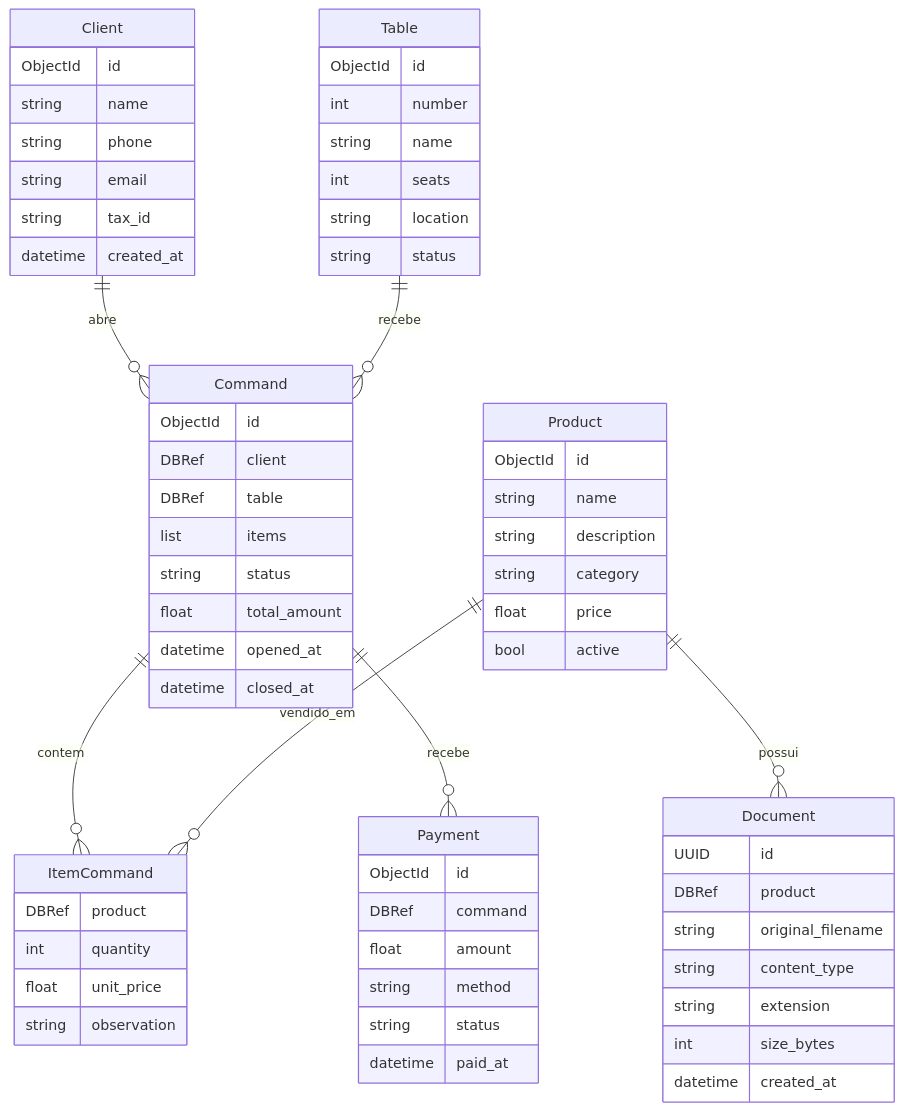
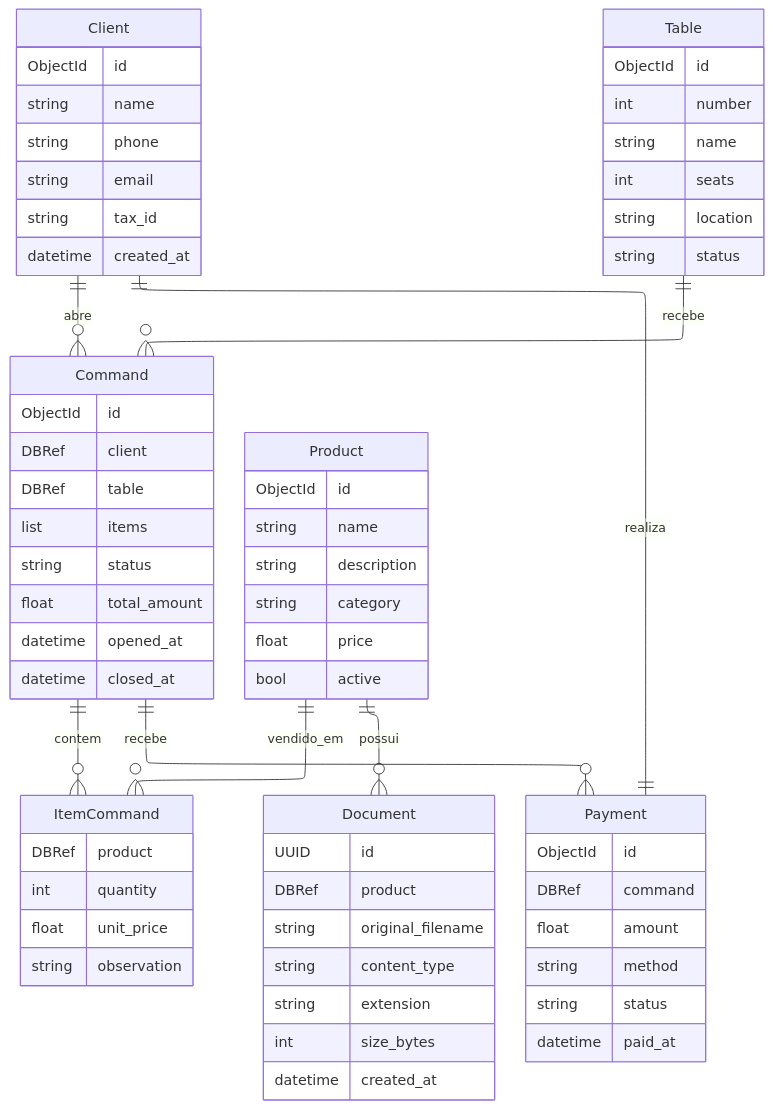
Before and after one commit to matheuspaiva1/Sistema-de-comandas: the diagram in README.md, drawn with Mermaid. The commit also changed other lines of this file, not shown here.

````diff
--- a/README.md
+++ b/README.md
@@ -17,73 +26,80 @@
 ```mermaid
+---
+config:
+  layout: elk
+  look: classic
+id: d6a7ca8b-d6b9-4dea-8dc0-fd76af0e2cdf
+---
 erDiagram
     Client ||--o{ Command : "abre"
     Table ||--o{ Command : "recebe"
     Command ||--o{ ItemCommand : "contem"
     Product ||--o{ ItemCommand : "vendido_em"
     Product ||--o{ Document : "possui"
     Command ||--o{ Payment : "recebe"
+    Client ||--|| Payment : "realiza"
 
     Client {
         ObjectId id
         string name
         string phone
         string email
         string tax_id
         datetime created_at
     }
 
     Table {
         ObjectId id
         int number
         string name
         int seats
         string location
         string status
     }
 
     Product {
         ObjectId id
         string name
         string description
         string category
         float price
         bool active
     }
 
     Command {
         ObjectId id
         DBRef client
         DBRef table
         list items
         string status
         float total_amount
         datetime opened_at
         datetime closed_at
     }
 
     ItemCommand {
         DBRef product
         int quantity
         float unit_price
         string observation
     }
 
     Payment {
         ObjectId id
         DBRef command
         float amount
         string method
         string status
         datetime paid_at
     }
 
     Document {
         UUID id
         DBRef product
         string original_filename
         string content_type
         string extension
         int size_bytes
         datetime created_at
     }
 ```
````
